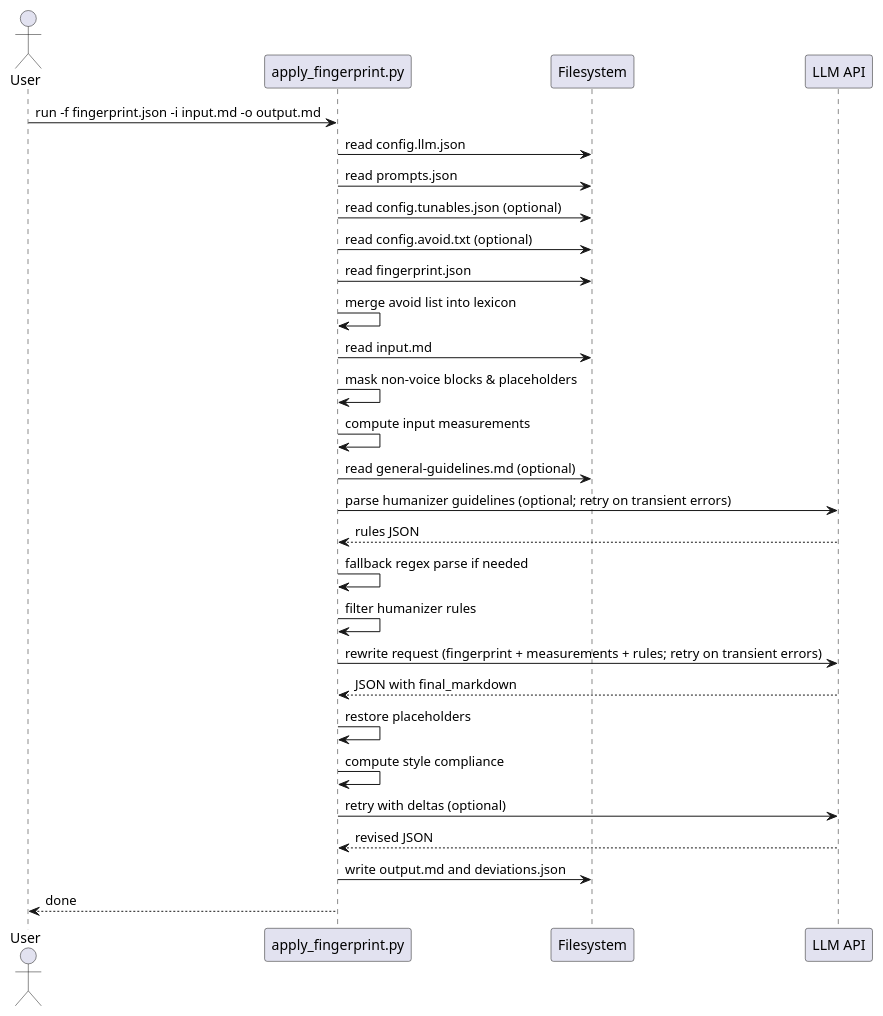
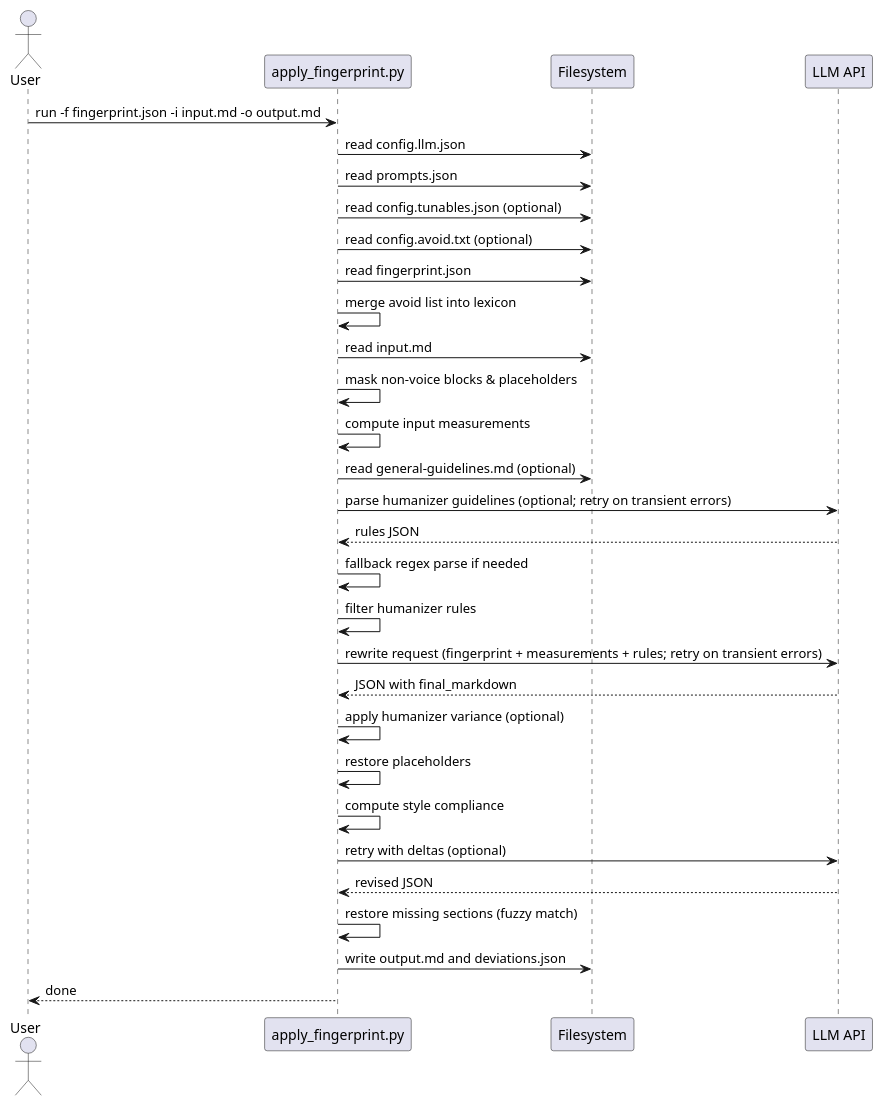
One commit to ngpepin/stylometric-transfer changed the third of 3 diagrams in UML-Apply.md. Above: the diagram before and after it, drawn with PlantUML. The commit also changed other lines of this file and 10 other files, not shown here.

Commit message:
feat: add humanizer variance controls and tunables snapshot for auditability

````diff
--- a/UML-Apply.md
+++ b/UML-Apply.md
@@ -125,32 +131,34 @@
 ```plantuml
 @startuml
 actor User
 participant "apply_fingerprint.py" as AF
 participant "Filesystem" as FS
 participant "LLM API" as LLM
 
 User -> AF : run -f fingerprint.json -i input.md -o output.md
 AF -> FS : read config.llm.json
 AF -> FS : read prompts.json
 AF -> FS : read config.tunables.json (optional)
 AF -> FS : read config.avoid.txt (optional)
 AF -> FS : read fingerprint.json
 AF -> AF : merge avoid list into lexicon
 AF -> FS : read input.md
 AF -> AF : mask non-voice blocks & placeholders
 AF -> AF : compute input measurements
 AF -> FS : read general-guidelines.md (optional)
 AF -> LLM : parse humanizer guidelines (optional; retry on transient errors)
 LLM --> AF : rules JSON
 AF -> AF : fallback regex parse if needed
 AF -> AF : filter humanizer rules
 AF -> LLM : rewrite request (fingerprint + measurements + rules; retry on transient errors)
 LLM --> AF : JSON with final_markdown
+AF -> AF : apply humanizer variance (optional)
 AF -> AF : restore placeholders
 AF -> AF : compute style compliance
 AF -> LLM : retry with deltas (optional)
 LLM --> AF : revised JSON
+AF -> AF : restore missing sections (fuzzy match)
 AF -> FS : write output.md and deviations.json
 AF --> User : done
 @enduml
 ```
````
